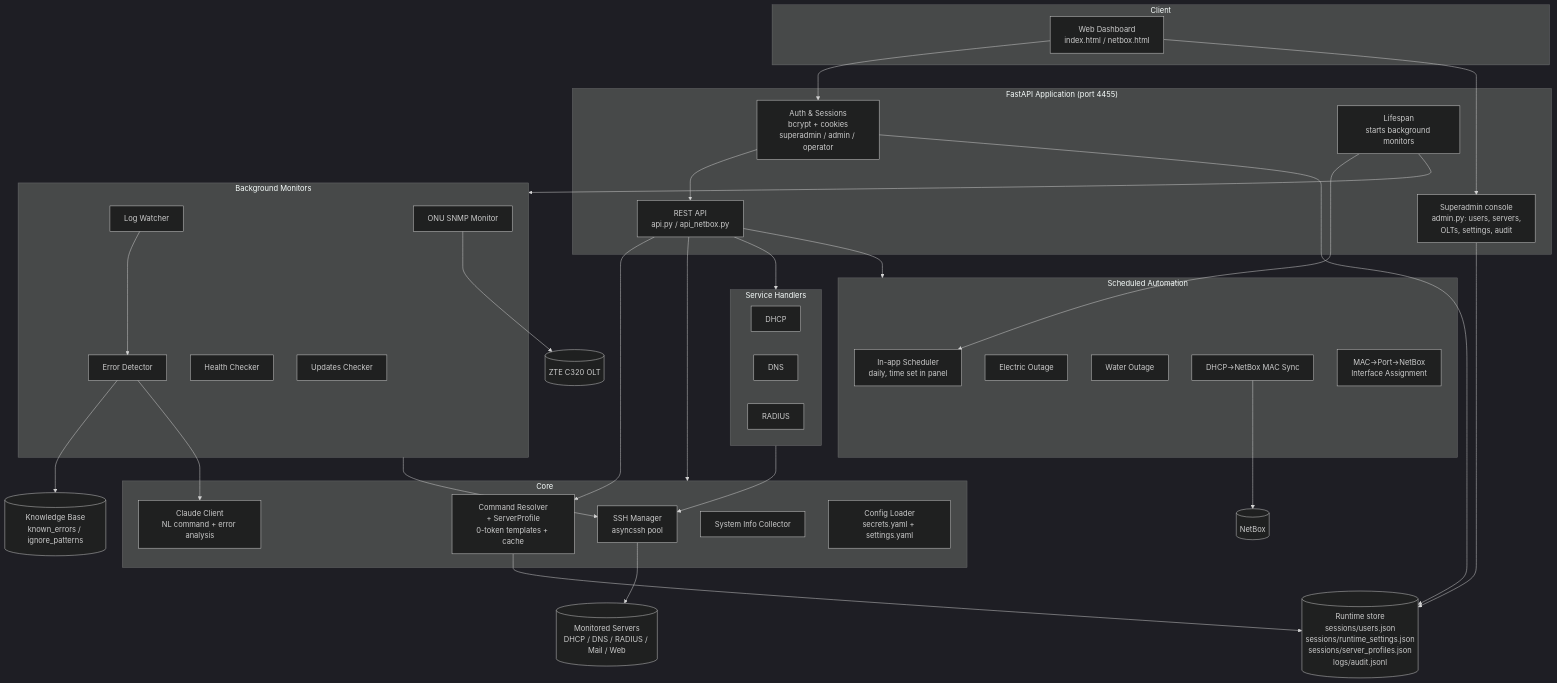
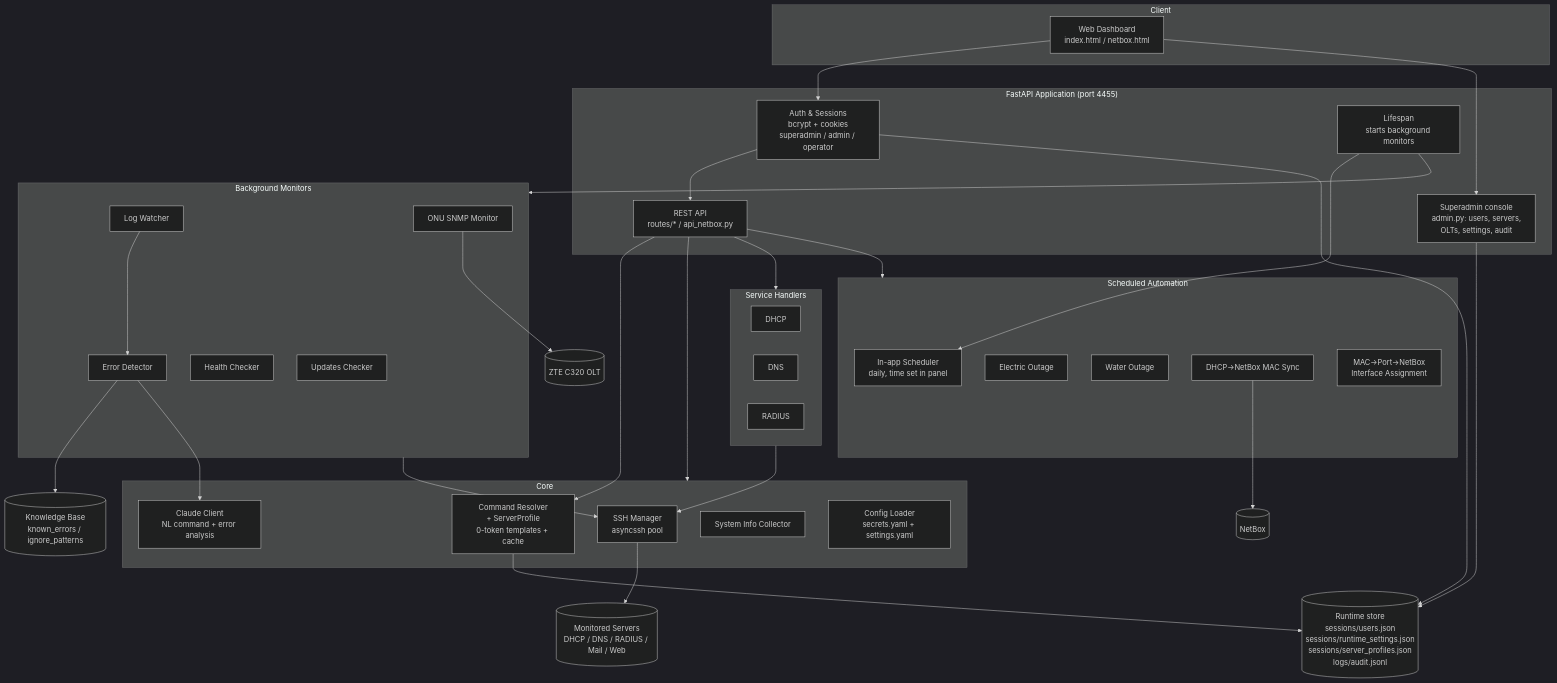
The diagram in README.md (Madly222/MCPforMonitoring), drawn with Mermaid (dark theme) before and after one commit. The commit also changed other lines of this file and 16 other files, not shown here.

````diff
--- a/README.md
+++ b/README.md
@@ -83,67 +83,67 @@
 ```mermaid
 flowchart TB
     subgraph Client
         UI[Web Dashboard<br/>index.html / netbox.html]
     end
 
     subgraph App["FastAPI Application (port 4455)"]
         AUTH[Auth & Sessions<br/>bcrypt + cookies<br/>superadmin / admin / operator]
-        API[REST API<br/>api.py / api_netbox.py]
+        API[REST API<br/>routes/* / api_netbox.py]
         ADMIN[Superadmin console<br/>admin.py: users, servers,<br/>OLTs, settings, audit]
         LIFESPAN[Lifespan<br/>starts background monitors]
     end
 
     subgraph Core
         SSH[SSH Manager<br/>asyncssh pool]
         RESOLVER[Command Resolver<br/>+ ServerProfile<br/>0-token templates + cache]
         CLAUDE[Claude Client<br/>NL command + error analysis]
         SYSINFO[System Info Collector]
         CONFIG[Config Loader<br/>secrets.yaml + settings.yaml]
     end
 
     subgraph Services["Service Handlers"]
         DHCP[DHCP]
         DNS[DNS]
         RADIUS[RADIUS]
     end
 
     subgraph Monitors["Background Monitors"]
         LOGW[Log Watcher]
         ERRD[Error Detector]
         HEALTH[Health Checker]
         UPD[Updates Checker]
         ONU[ONU SNMP Monitor]
     end
 
     subgraph Automation["Scheduled Automation"]
         SCHED[In-app Scheduler<br/>daily, time set in panel]
         ELEC[Electric Outage]
         ACC[Water Outage]
         MACSYNC[DHCP→NetBox MAC Sync]
         MACPORT[MAC→Port→NetBox<br/>Interface Assignment]
     end
 
     KB[(Knowledge Base<br/>known_errors / ignore_patterns)]
     TARGETS[(Monitored Servers<br/>DHCP / DNS / RADIUS / Mail / Web)]
     OLT[(ZTE C320 OLT)]
     NB[(NetBox)]
     STORE[(Runtime store<br/>sessions/users.json<br/>sessions/runtime_settings.json<br/>sessions/server_profiles.json<br/>logs/audit.jsonl)]
 
     UI --> AUTH --> API
     UI --> ADMIN
     ADMIN --> STORE
     AUTH --> STORE
     API --> Core
     API --> RESOLVER
     RESOLVER --> STORE
     API --> Services
     LIFESPAN --> Monitors
     LIFESPAN --> SCHED
     Services --> SSH --> TARGETS
     Monitors --> SSH
     LOGW --> ERRD --> KB
     ERRD --> CLAUDE
     ONU --> OLT
     MACSYNC --> NB
     API --> Automation
 ```
````
